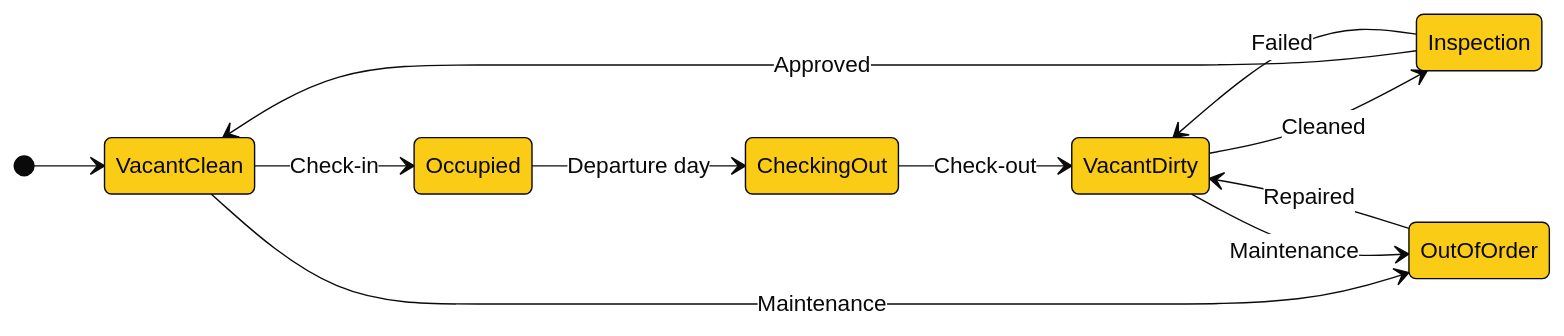
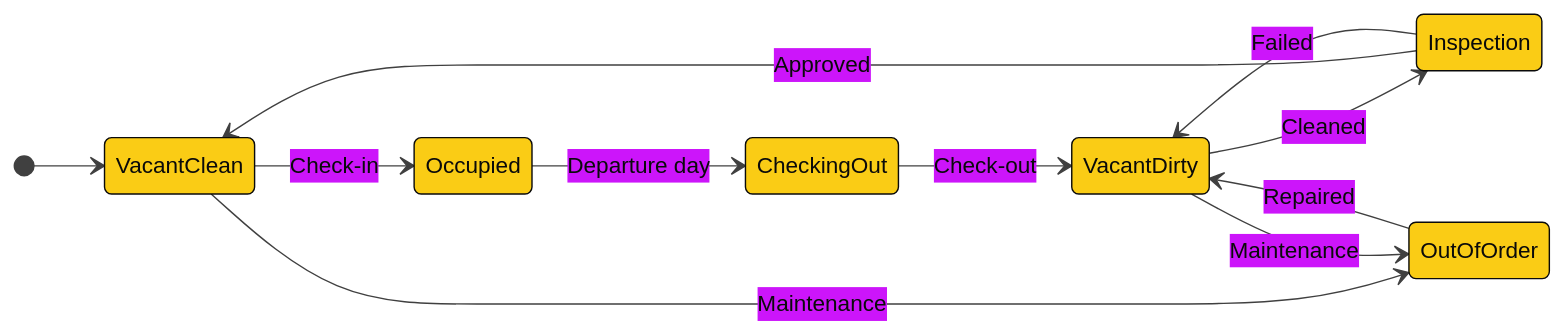
One commit to olitechs/olitechpmspos changed the third of 4 diagrams in README.md. Above: the diagram before and after it, drawn with Mermaid. The commit also changed other lines of this file, not shown here.

````diff
--- a/README.md
+++ b/README.md
@@ -161,15 +132,15 @@
 ```mermaid
-%%{init: {'theme':'base','themeVariables':{'primaryColor':'#FACC15','primaryTextColor':'#0A0A0A','primaryBorderColor':'#0A0A0A','lineColor':'#0A0A0A','secondaryColor':'#FFFFFF','tertiaryColor':'#FEF9C3','noteBkgColor':'#FEF9C3','noteTextColor':'#0A0A0A','actorBkg':'#FACC15','actorBorder':'#0A0A0A','actorTextColor':'#0A0A0A','signalColor':'#0A0A0A','signalTextColor':'#0A0A0A','fontFamily':'Inter, Segoe UI, Arial, sans-serif'}}}%%
+%%{init: {'theme':'base','themeVariables':{'primaryColor':'#FACC15','primaryTextColor':'#0A0A0A','primaryBorderColor':'#0A0A0A','lineColor':'#404040','fontFamily':'Inter, Segoe UI, Arial, sans-serif'}}}%%
 stateDiagram-v2
     direction LR
     [*] --> VacantClean
     VacantClean --> Occupied: Check-in
     Occupied --> CheckingOut: Departure day
     CheckingOut --> VacantDirty: Check-out
     VacantDirty --> Inspection: Cleaned
     Inspection --> VacantClean: Approved
     Inspection --> VacantDirty: Failed
     VacantClean --> OutOfOrder: Maintenance
     VacantDirty --> OutOfOrder: Maintenance
     OutOfOrder --> VacantDirty: Repaired
 ```
````
